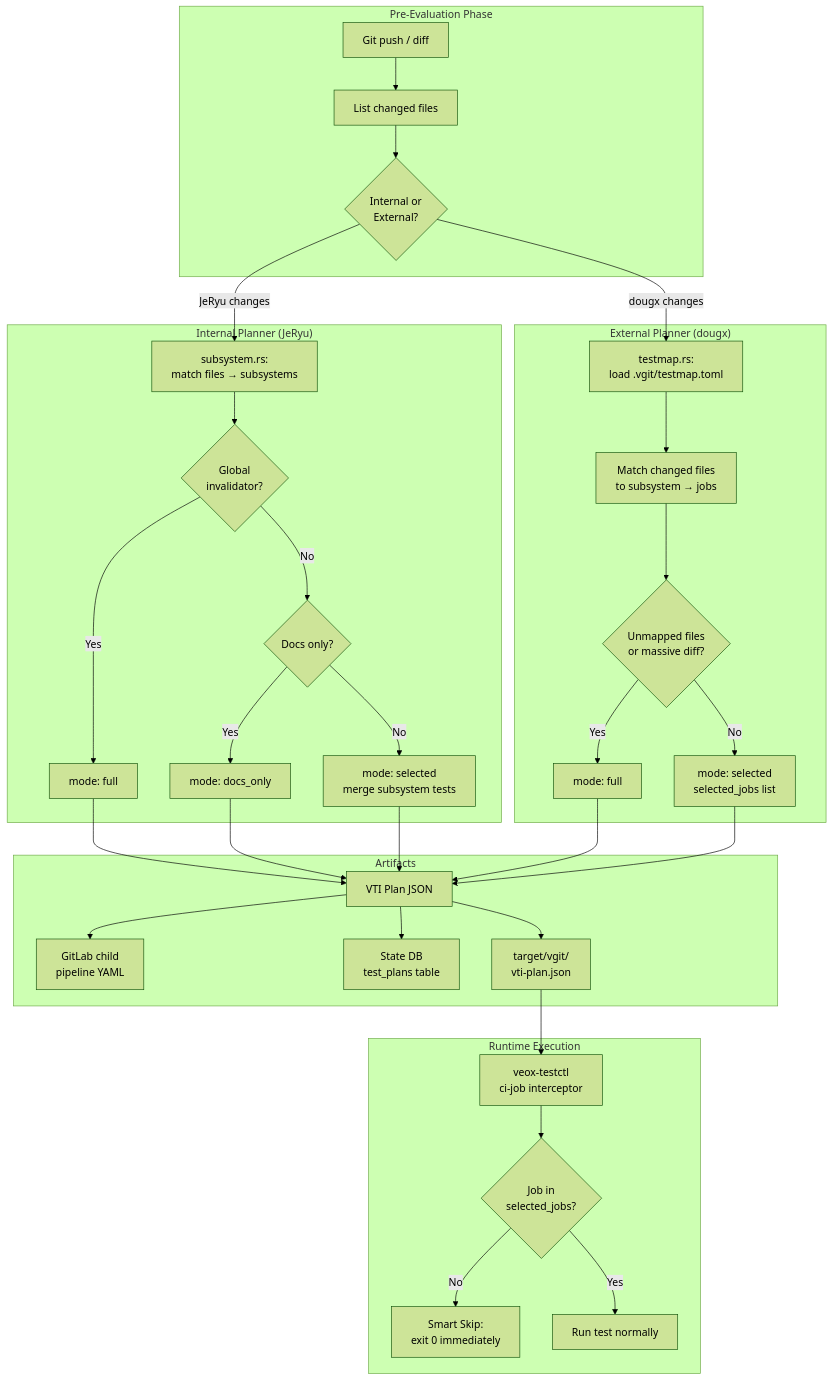
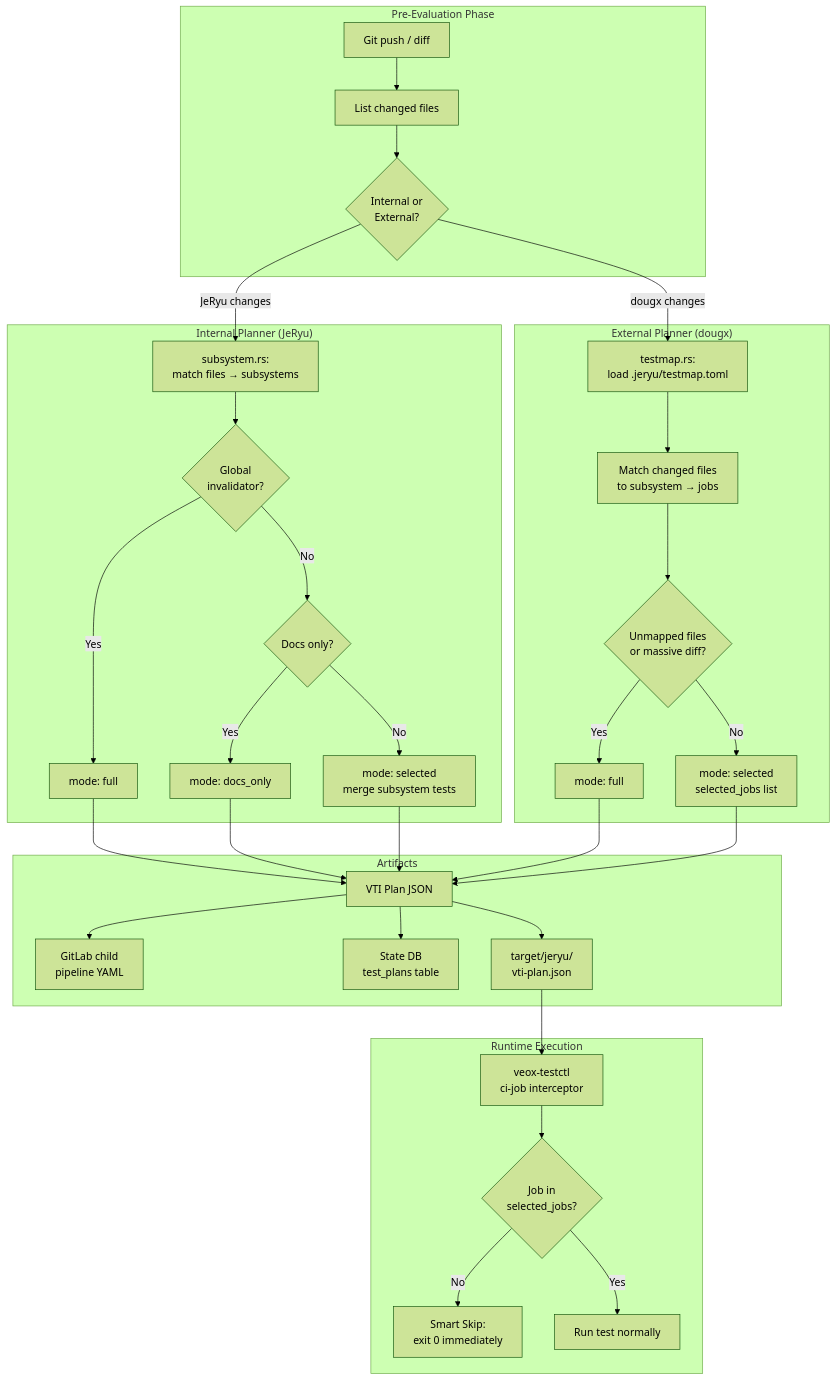
The first of 2 diagrams in docs/VTI.md (jeppsontaylor/JeRyu), drawn with Mermaid (forest theme) before and after one commit. The commit also changed other lines of this file and 224 other files, not shown here.

Commit message:
feat: complete JeRyu transition and architecture updates

````diff
--- a/docs/VTI.md
+++ b/docs/VTI.md
@@ -14,42 +14,42 @@
 ```mermaid
 flowchart TD
     subgraph Analysis["Pre-Evaluation Phase"]
         Push["Git push / diff"] --> ChangedFiles["List changed files"]
         ChangedFiles --> Router{Internal or<br/>External?}
     end
 
     subgraph Internal["Internal Planner (JeRyu)"]
         Router -->|JeRyu changes| Subsystem["subsystem.rs:<br/>match files → subsystems"]
         Subsystem --> GlobalCheck{Global<br/>invalidator?}
         GlobalCheck -->|Yes| FullMode["mode: full"]
         GlobalCheck -->|No| DocsCheck{Docs only?}
         DocsCheck -->|Yes| DocsMode["mode: docs_only"]
         DocsCheck -->|No| SelectMode["mode: selected<br/>merge subsystem tests"]
     end
 
     subgraph External["External Planner (dougx)"]
-        Router -->|dougx changes| LoadTestmap["testmap.rs:<br/>load .vgit/testmap.toml"]
+        Router -->|dougx changes| LoadTestmap["testmap.rs:<br/>load .jeryu/testmap.toml"]
         LoadTestmap --> MapFiles["Match changed files<br/>to subsystem → jobs"]
         MapFiles --> ExtFallback{Unmapped files<br/>or massive diff?}
         ExtFallback -->|Yes| ExtFull["mode: full"]
         ExtFallback -->|No| ExtSelect["mode: selected<br/>selected_jobs list"]
     end
 
     subgraph Output["Artifacts"]
         FullMode --> Plan["VTI Plan JSON"]
         DocsMode --> Plan
         SelectMode --> Plan
         ExtFull --> Plan
         ExtSelect --> Plan
         Plan --> GitlabYAML["GitLab child<br/>pipeline YAML"]
         Plan --> StateDB["State DB<br/>test_plans table"]
-        Plan --> VTIPlanFile["target/vgit/<br/>vti-plan.json"]
+        Plan --> VTIPlanFile["target/jeryu/<br/>vti-plan.json"]
     end
 
     subgraph Runtime["Runtime Execution"]
         VTIPlanFile --> TestCtl["veox-testctl<br/>ci-job interceptor"]
         TestCtl --> SkipDecision{Job in<br/>selected_jobs?}
         SkipDecision -->|No| VTISkip["Smart Skip:<br/>exit 0 immediately"]
         SkipDecision -->|Yes| Execute["Run test normally"]
     end
 ```
````
